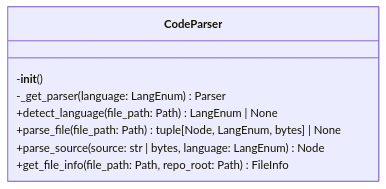
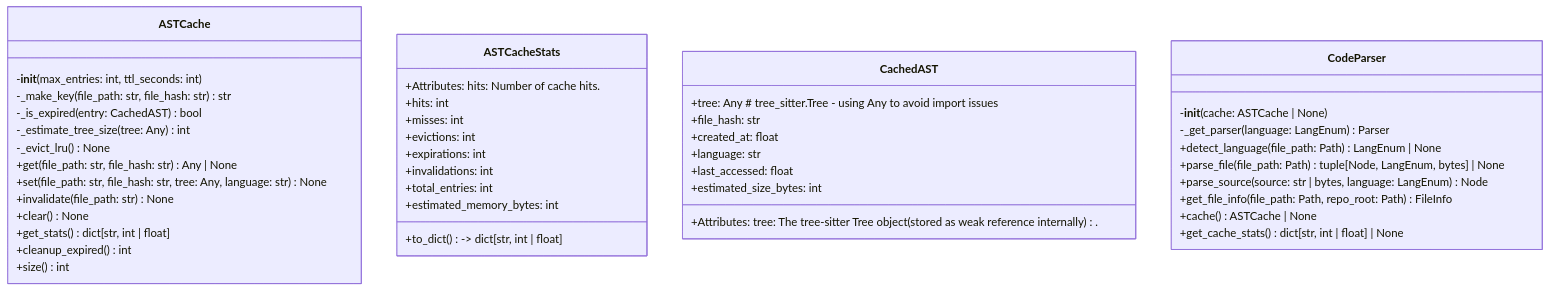
Before and after one commit to UrbanDiver/local-deepwiki-mcp: the first of 2 diagrams in .deepwiki/files/src/local_deepwiki/core/parser.md, drawn with Mermaid. The commit also changed other lines of this file and 65 other files, not shown here.

````diff
--- a/.deepwiki/files/src/local_deepwiki/core/parser.md
+++ b/.deepwiki/files/src/local_deepwiki/core/parser.md
@@ -558,11 +1199,47 @@
 ```mermaid
 classDiagram
+    class ASTCache {
+        -__init__(max_entries: int, ttl_seconds: int)
+        -_make_key(file_path: str, file_hash: str) str
+        -_is_expired(entry: CachedAST) bool
+        -_estimate_tree_size(tree: Any) int
+        -_evict_lru() None
+        +get(file_path: str, file_hash: str) Any | None
+        +set(file_path: str, file_hash: str, tree: Any, language: str) None
+        +invalidate(file_path: str) None
+        +clear() None
+        +get_stats() dict[str, int | float]
+        +cleanup_expired() int
+        +size() int
+    }
+    class ASTCacheStats {
+        +Attributes: hits: Number of cache hits.
+        +hits: int
+        +misses: int
+        +evictions: int
+        +expirations: int
+        +invalidations: int
+        +total_entries: int
+        +estimated_memory_bytes: int
+        +to_dict() -> dict[str, int | float]
+    }
+    class CachedAST {
+        +Attributes: tree: The tree-sitter Tree object (stored as weak reference internally).
+        +tree: Any  # tree_sitter.Tree - using Any to avoid import issues
+        +file_hash: str
+        +created_at: float
+        +language: str
+        +last_accessed: float
+        +estimated_size_bytes: int
+    }
     class CodeParser {
-        -__init__()
+        -__init__(cache: ASTCache | None)
         -_get_parser(language: LangEnum) Parser
         +detect_language(file_path: Path) LangEnum | None
         +parse_file(file_path: Path) tuple[Node, LangEnum, bytes] | None
         +parse_source(source: str | bytes, language: LangEnum) Node
         +get_file_info(file_path: Path, repo_root: Path) FileInfo
+        +cache() ASTCache | None
+        +get_cache_stats() dict[str, int | float] | None
     }
 ```
````
